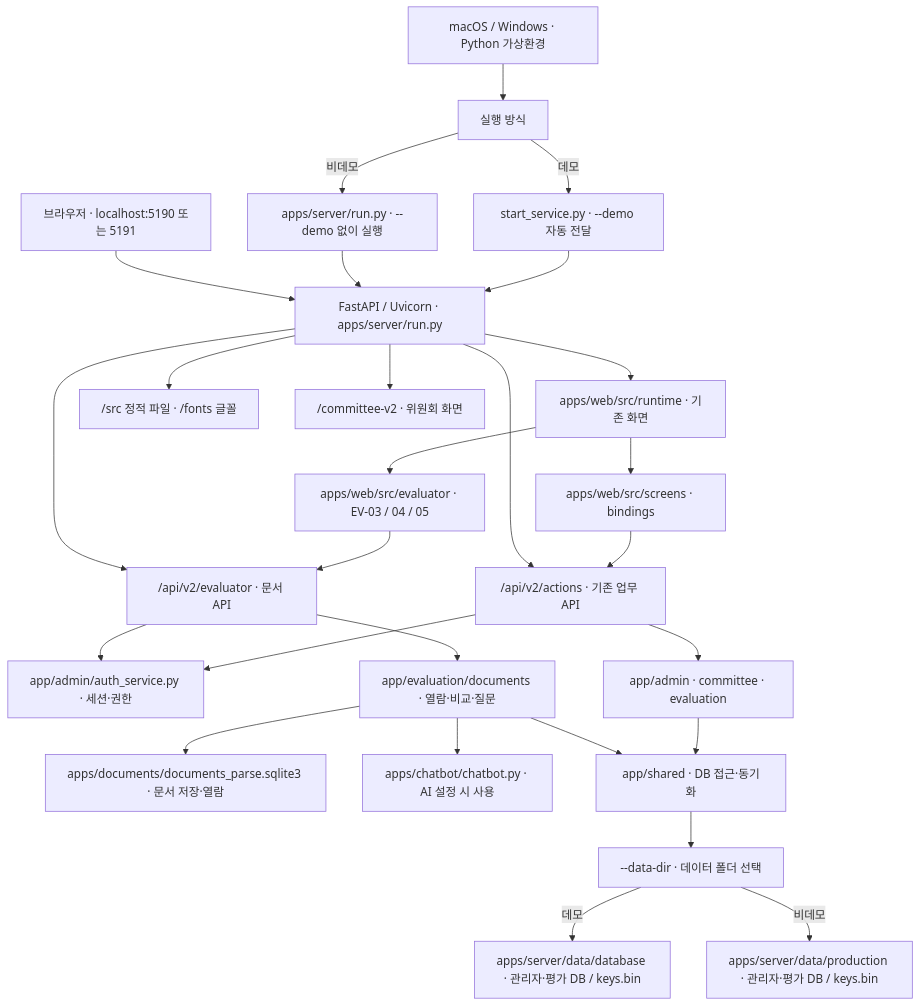
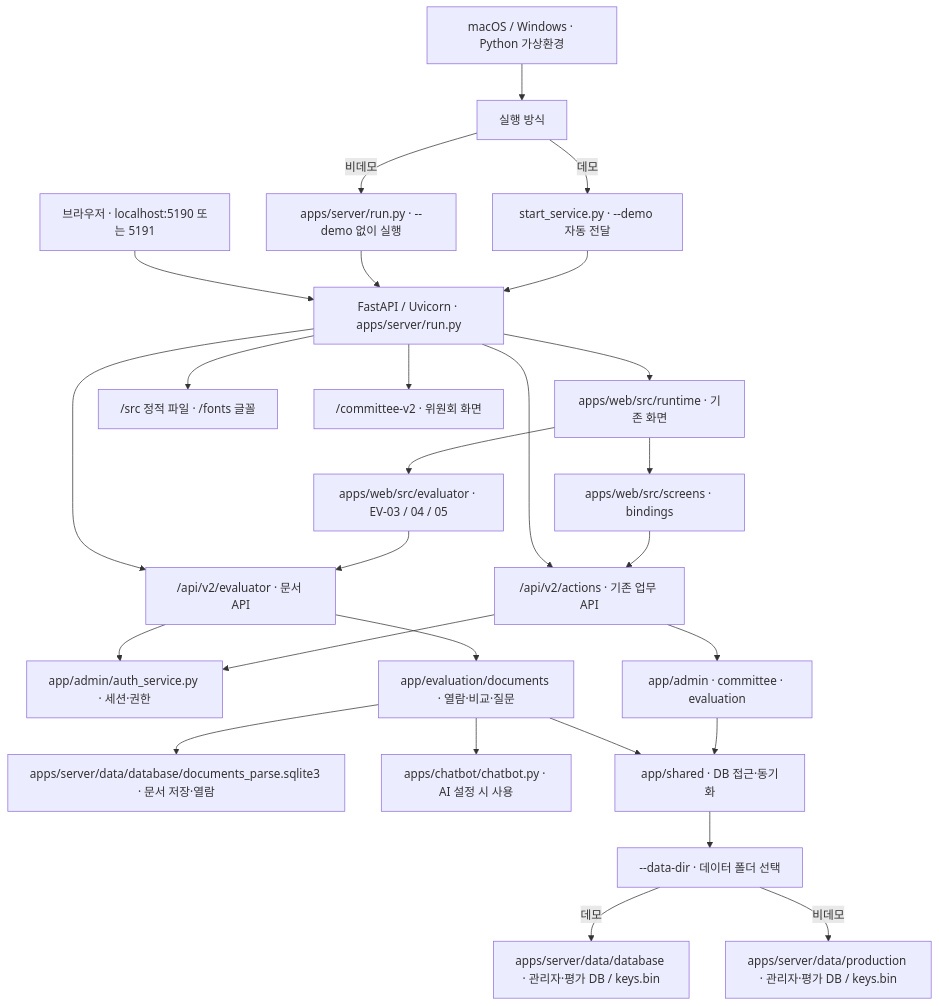
One commit to DaeUng79/Otopilot_team_v0.2 changed the diagram in README.MD. Above: the diagram before and after it, drawn with Mermaid. The commit also changed other lines of this file and 75 other files, not shown here.

````diff
--- a/README.MD
+++ b/README.MD
@@ -30,29 +30,29 @@
 ```mermaid
 flowchart TB
     PY["macOS / Windows · Python 가상환경"] --> MODE["실행 방식"]
     MODE -->|데모| DEMO["start_service.py · --demo 자동 전달"]
     MODE -->|비데모| REAL["apps/server/run.py · --demo 없이 실행"]
     DEMO --> HOST["FastAPI / Uvicorn · apps/server/run.py"]
     REAL --> HOST
     USER["브라우저 · localhost:5190 또는 5191"] --> HOST
     HOST --> UI["apps/web/src/runtime · 기존 화면"]
     UI --> BIND["apps/web/src/screens · bindings"]
     UI --> EVUI["apps/web/src/evaluator · EV-03 / 04 / 05"]
     HOST --> STATIC["/src 정적 파일 · /fonts 글꼴"]
     HOST --> COMMITTEE["/committee-v2 · 위원회 화면"]
     BIND --> ACTIONS["/api/v2/actions · 기존 업무 API"]
     EVUI --> EVAPI["/api/v2/evaluator · 문서 API"]
     HOST --> ACTIONS
     HOST --> EVAPI
     ACTIONS --> AUTH["app/admin/auth_service.py · 세션·권한"]
     EVAPI --> AUTH
     ACTIONS --> CORE["app/admin · committee · evaluation"]
     EVAPI --> DOC["app/evaluation/documents · 열람·비교·질문"]
-    DOC --> PARSED["apps/documents/documents_parse.sqlite3 · 문서 저장·열람"]
+    DOC --> PARSED["apps/server/data/database/documents_parse.sqlite3 · 문서 저장·열람"]
     DOC --> CHAT["apps/chatbot/chatbot.py · AI 설정 시 사용"]
     CORE --> SHARED["app/shared · DB 접근·동기화"]
     DOC --> SHARED
     SHARED --> DBMODE["--data-dir · 데이터 폴더 선택"]
     DBMODE -->|데모| DEMODB["apps/server/data/database · 관리자·평가 DB / keys.bin"]
     DBMODE -->|비데모| REALDB["apps/server/data/production · 관리자·평가 DB / keys.bin"]
 ```
````
